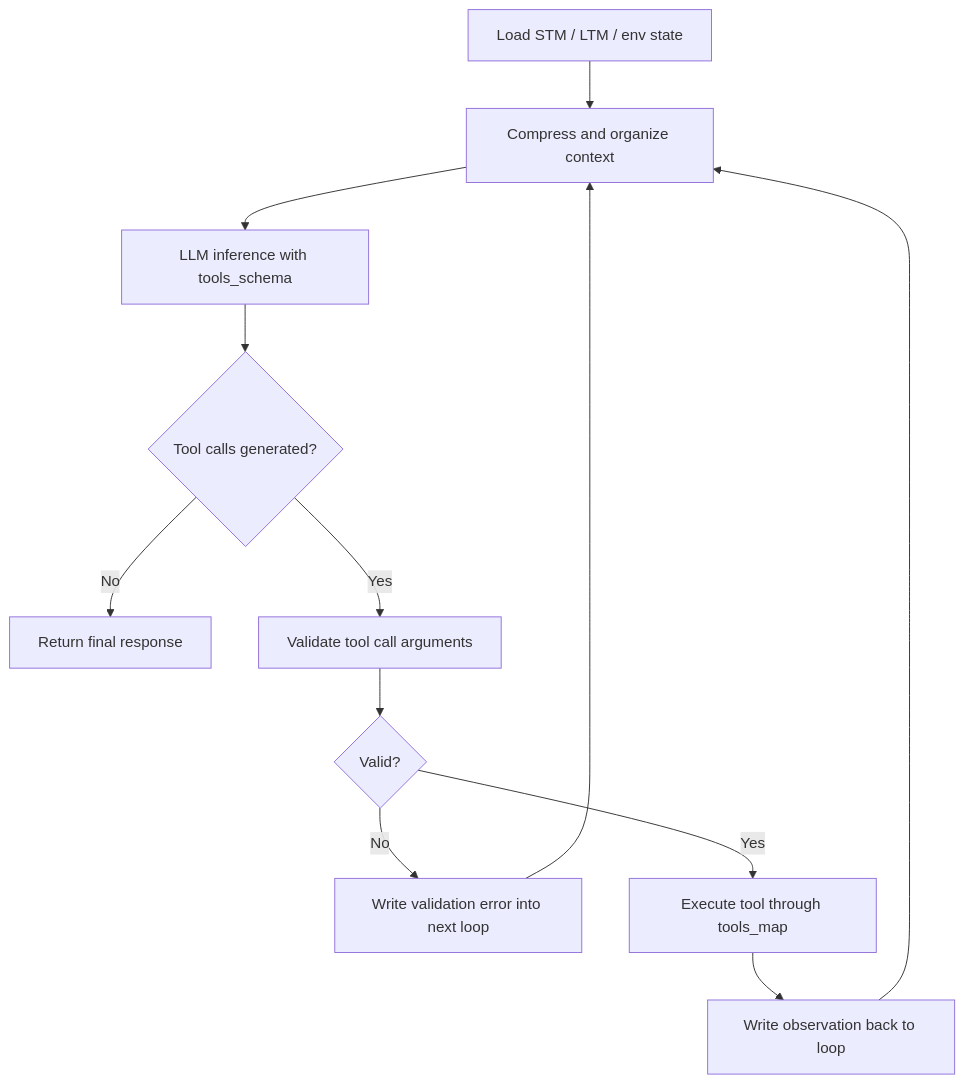
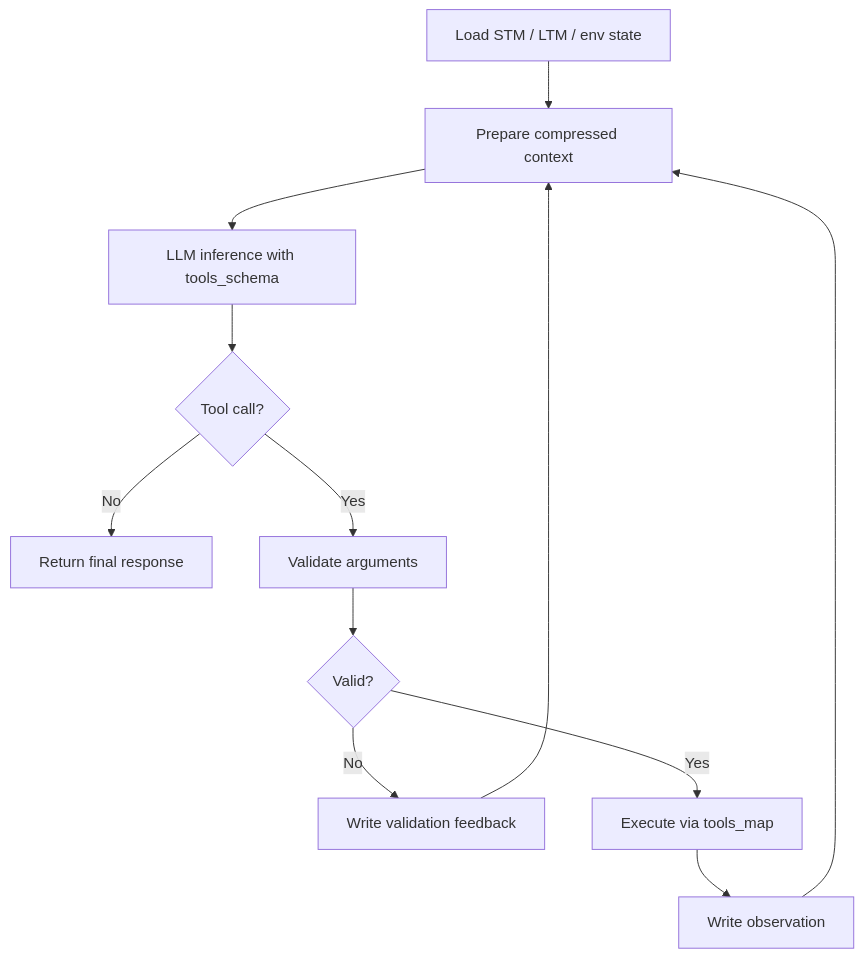
One commit to solution3tl/EverLoop changed the second of 4 diagrams in README.md. Above: the diagram before and after it, drawn with Mermaid. The commit also changed other lines of this file, not shown here.

````diff
--- a/README.md
+++ b/README.md
@@ -113,14 +201,14 @@
 ```mermaid
 flowchart TD
-    A["Load STM / LTM / env state"] --> B["Compress and organize context"]
+    A["Load STM / LTM / env state"] --> B["Prepare compressed context"]
     B --> C["LLM inference with tools_schema"]
-    C --> D{"Tool calls generated?"}
+    C --> D{"Tool call?"}
     D -- No --> E["Return final response"]
-    D -- Yes --> F["Validate tool call arguments"]
+    D -- Yes --> F["Validate arguments"]
     F --> G{"Valid?"}
-    G -- No --> H["Write validation error into next loop"]
-    G -- Yes --> I["Execute tool through tools_map"]
-    I --> J["Write observation back to loop"]
+    G -- No --> H["Write validation feedback"]
+    G -- Yes --> I["Execute via tools_map"]
+    I --> J["Write observation"]
     H --> B
     J --> B
 ```
````
